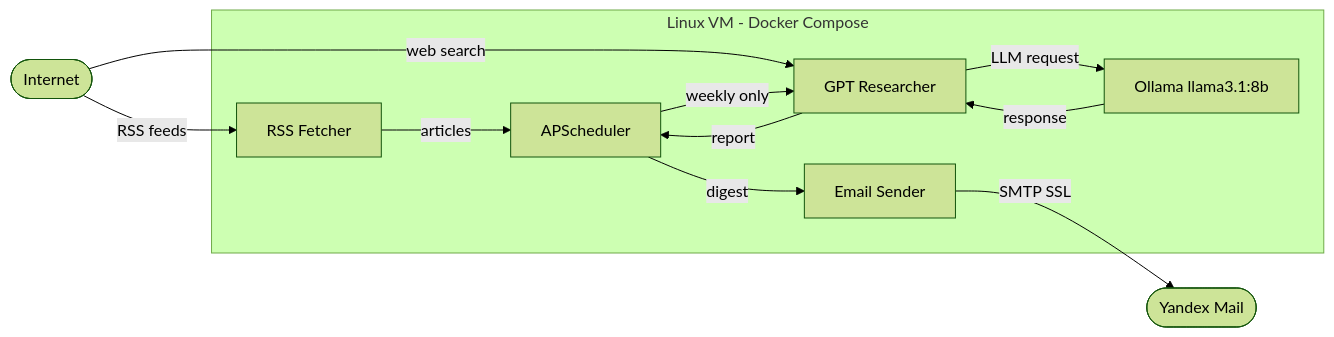
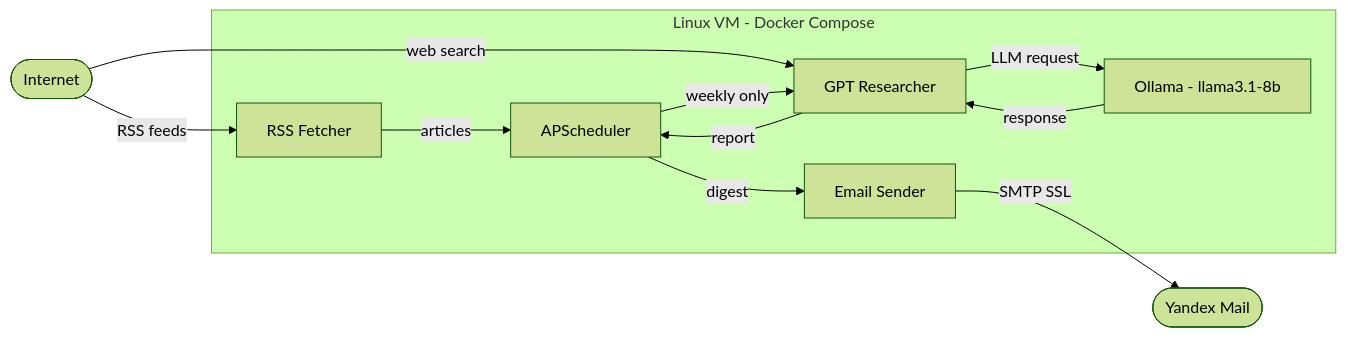
Before and after one commit to SultankaReal/k8s-news-bot: the diagram in README.md, drawn with Mermaid (forest theme).

````diff
--- a/README.md
+++ b/README.md
@@ -15,24 +15,24 @@
 ```mermaid
 flowchart LR
-    Internet([Internet])
+    Internet(["Internet"])
 
-    subgraph VM[Linux VM - Docker Compose]
-        RSS[RSS Fetcher]
-        Sched[APScheduler]
-        GPTR[GPT Researcher]
-        Ollama[Ollama llama3.1:8b]
-        Mail[Email Sender]
+    subgraph VM["Linux VM - Docker Compose"]
+        RSS["RSS Fetcher"]
+        Sched["APScheduler"]
+        GPTR["GPT Researcher"]
+        Ollama["Ollama - llama3.1-8b"]
+        Mail["Email Sender"]
     end
 
-    YaMail([Yandex Mail])
+    YaMail(["Yandex Mail"])
 
-    Internet -->|RSS feeds| RSS
-    Internet -->|web search| GPTR
-    RSS -->|articles| Sched
-    Sched -->|weekly only| GPTR
-    GPTR -->|LLM request| Ollama
-    Ollama -->|response| GPTR
-    GPTR -->|report| Sched
-    Sched -->|digest| Mail
-    Mail -->|SMTP SSL| YaMail
+    Internet -->|"RSS feeds"| RSS
+    Internet -->|"web search"| GPTR
+    RSS -->|"articles"| Sched
+    Sched -->|"weekly only"| GPTR
+    GPTR -->|"LLM request"| Ollama
+    Ollama -->|"response"| GPTR
+    GPTR -->|"report"| Sched
+    Sched -->|"digest"| Mail
+    Mail -->|"SMTP SSL"| YaMail
 ```
````
